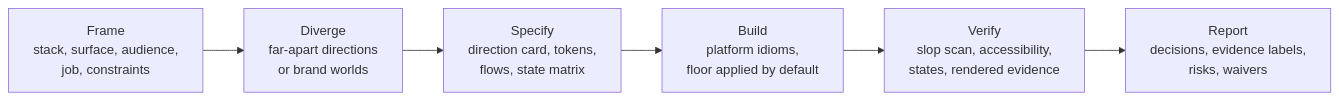
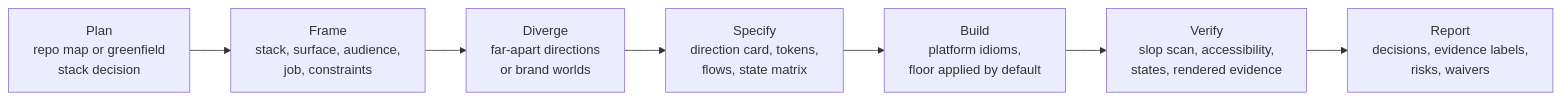
One commit to ThanhNguyxn07/Pixelcraft changed the diagram in README.md. Above: the diagram before and after it, drawn with Mermaid. The commit also changed other lines of this file and 29 other files, not shown here.

````diff
--- a/README.md
+++ b/README.md
@@ -23,8 +23,9 @@
 ```mermaid
 flowchart LR
-    A[Frame<br/>stack, surface, audience,<br/>job, constraints] --> B[Diverge<br/>far-apart directions<br/>or brand worlds]
+    P[Plan<br/>repo map or greenfield<br/>stack decision] --> A[Frame<br/>stack, surface, audience,<br/>job, constraints]
+    A --> B[Diverge<br/>far-apart directions<br/>or brand worlds]
     B --> C[Specify<br/>direction card, tokens,<br/>flows, state matrix]
     C --> D[Build<br/>platform idioms,<br/>floor applied by default]
     D --> E[Verify<br/>slop scan, accessibility,<br/>states, rendered evidence]
     E --> F[Report<br/>decisions, evidence labels,<br/>risks, waivers]
 ```
````
